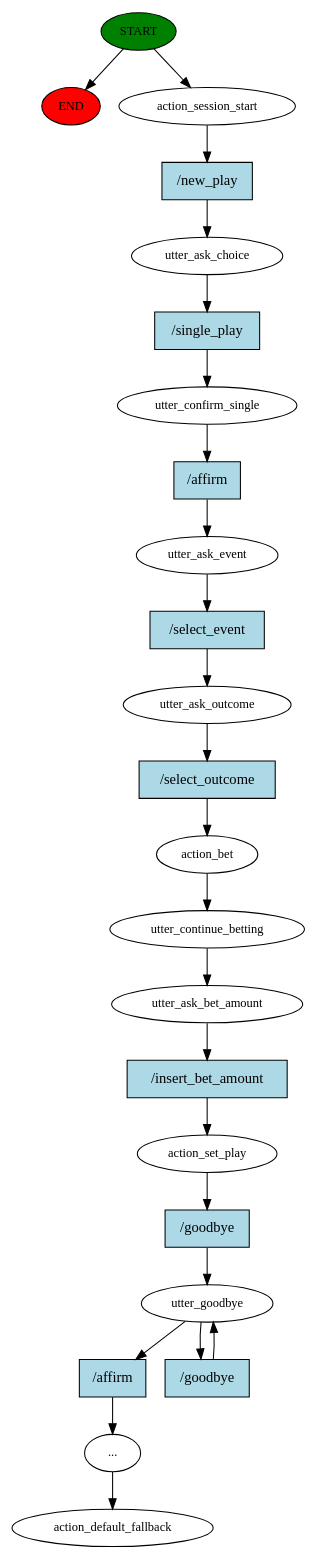
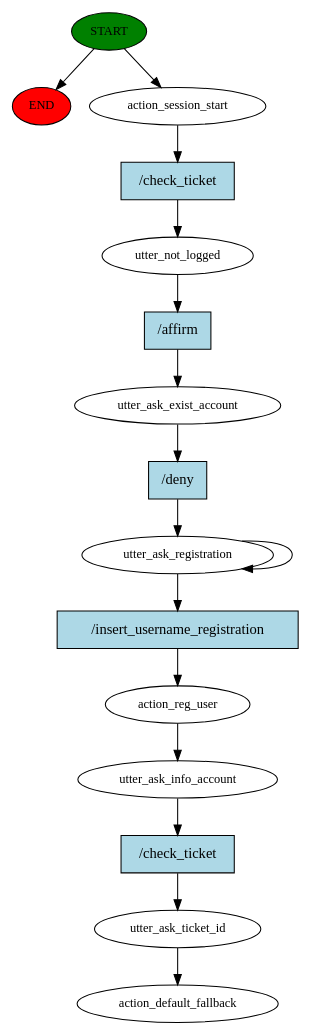
The diagram in story_graph.dot (MarcoCarraro-1/BetBot), drawn with Graphviz before and after one commit. The commit also changed 11 other files, not shown here.

Commit message:
changed the registration. Need to check the stories...

```diff
--- a/story_graph.dot
+++ b/story_graph.dot
@@ -1,48 +1,32 @@
 digraph  {
 0 [class="start active", fillcolor=green, fontsize=12, label=START, style=filled];
 "-1" [class=end, fillcolor=red, fontsize=12, label=END, style=filled];
 1 [class=active, fontsize=12, label=action_session_start];
-2 [class=active, fontsize=12, label=utter_ask_choice];
-3 [class=active, fontsize=12, label=utter_confirm_single];
-4 [class=active, fontsize=12, label=utter_ask_event];
-5 [class=active, fontsize=12, label=utter_ask_outcome];
-6 [class=active, fontsize=12, label=action_bet];
-7 [class=active, fontsize=12, label=utter_continue_betting];
-8 [class=active, fontsize=12, label=utter_ask_bet_amount];
-9 [class=active, fontsize=12, label=action_set_play];
-10 [class=active, fontsize=12, label=utter_goodbye];
-12 [class=active, fontsize=12, label="..."];
-13 [class="dashed active", fontsize=12, label=action_default_fallback];
-14 [class="intent active", fillcolor=lightblue, label="/new_play", shape=rect, style=filled];
-15 [class="intent active", fillcolor=lightblue, label="/single_play", shape=rect, style=filled];
-16 [class="intent active", fillcolor=lightblue, label="/affirm", shape=rect, style=filled];
-17 [class="intent active", fillcolor=lightblue, label="/select_event", shape=rect, style=filled];
-18 [class="intent active", fillcolor=lightblue, label="/select_outcome", shape=rect, style=filled];
-19 [class="intent active", fillcolor=lightblue, label="/insert_bet_amount", shape=rect, style=filled];
-20 [class="intent active", fillcolor=lightblue, label="/goodbye", shape=rect, style=filled];
-21 [class="intent active", fillcolor=lightblue, label="/affirm", shape=rect, style=filled];
-22 [class="intent active", fillcolor=lightblue, label="/goodbye", shape=rect, style=filled];
+2 [class=active, fontsize=12, label=utter_not_logged];
+3 [class=active, fontsize=12, label=utter_ask_exist_account];
+4 [class=active, fontsize=12, label=utter_ask_registration];
+6 [class=active, fontsize=12, label=action_reg_user];
+7 [class=active, fontsize=12, label=utter_ask_info_account];
+8 [class=active, fontsize=12, label=utter_ask_ticket_id];
+9 [class="dashed active", fontsize=12, label=action_default_fallback];
+10 [class="intent active", fillcolor=lightblue, label="/check_ticket", shape=rect, style=filled];
+11 [class="intent active", fillcolor=lightblue, label="/affirm", shape=rect, style=filled];
+12 [class="intent active", fillcolor=lightblue, label="/deny", shape=rect, style=filled];
+13 [class="intent active", fillcolor=lightblue, label="/insert_username_registration", shape=rect, style=filled];
+14 [class="intent active", fillcolor=lightblue, label="/check_ticket", shape=rect, style=filled];
 0 -> "-1"  [class="", key=NONE, label=""];
 0 -> 1  [class=active, key=NONE, label=""];
-1 -> 14  [class=active, key=0];
-2 -> 15  [class=active, key=0];
-3 -> 16  [class=active, key=0];
-4 -> 17  [class=active, key=0];
-5 -> 18  [class=active, key=0];
+1 -> 10  [class=active, key=0];
+2 -> 11  [class=active, key=0];
+3 -> 12  [class=active, key=0];
+4 -> 4  [class=active, key=NONE, label=""];
+4 -> 13  [class=active, key=0];
 6 -> 7  [class=active, key=NONE, label=""];
-7 -> 8  [class=active, key=NONE, label=""];
-8 -> 19  [class=active, key=0];
-9 -> 20  [class=active, key=0];
-10 -> 21  [class=active, key=0];
-10 -> 22  [class=active, key=0];
-12 -> 13  [class=active, key=NONE, label=""];
-14 -> 2  [class=active, key=0];
-15 -> 3  [class=active, key=0];
-16 -> 4  [class=active, key=0];
-17 -> 5  [class=active, key=0];
-18 -> 6  [class=active, key=0];
-19 -> 9  [class=active, key=0];
-20 -> 10  [class=active, key=0];
-21 -> 12  [class=active, key=0];
-22 -> 10  [class=active, key=0];
+7 -> 14  [class=active, key=0];
+8 -> 9  [class=active, key=NONE, label=""];
+10 -> 2  [class=active, key=0];
+11 -> 3  [class=active, key=0];
+12 -> 4  [class=active, key=0];
+13 -> 6  [class=active, key=0];
+14 -> 8  [class=active, key=0];
 }
```
